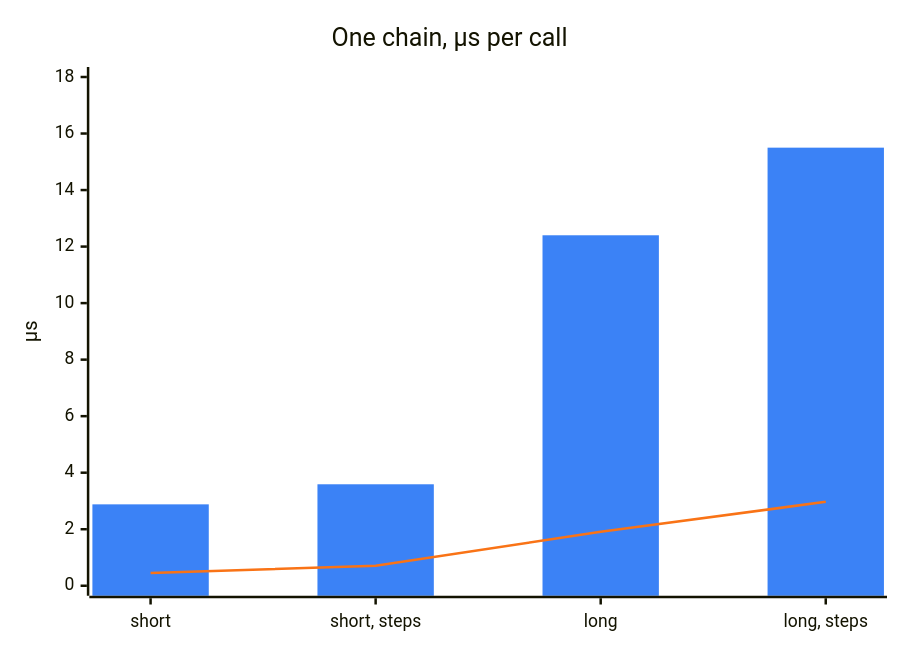
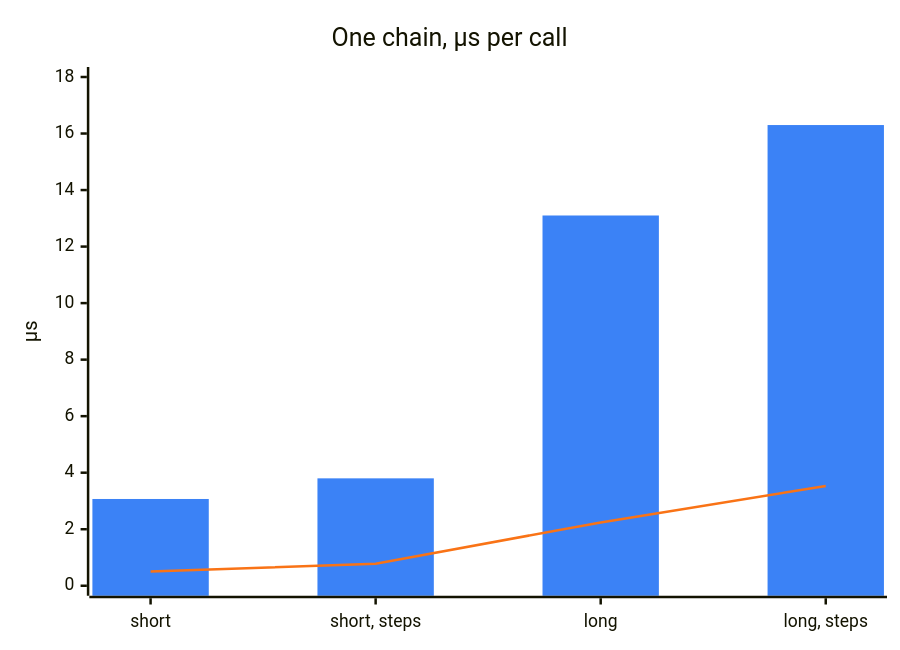
One commit to DyHex/POMWright changed the first of 4 diagrams in website/src/content/docs/internal/performance.md. Above: the diagram before and after it, drawn with Mermaid. The commit also changed other lines of this file and 2 other files, not shown here.

````diff
--- a/website/src/content/docs/internal/performance.md
+++ b/website/src/content/docs/internal/performance.md
@@ -54,9 +58,9 @@
 ```mermaid
 %%{init: {"themeVariables": {"xyChart": {"plotColorPalette": "#3b82f6, #f97316"}}}}%%
 xychart-beta
   title "One chain, µs per call"
   x-axis ["short", "short, steps", "long", "long, steps"]
   y-axis "µs" 0 --> 18
-  bar [2.88, 3.59, 12.4, 15.5]
-  line [0.447, 0.708, 1.91, 2.97]
+  bar [3.07, 3.8, 13.1, 16.3]
+  line [0.504, 0.781, 2.24, 3.53]
 ```
````
